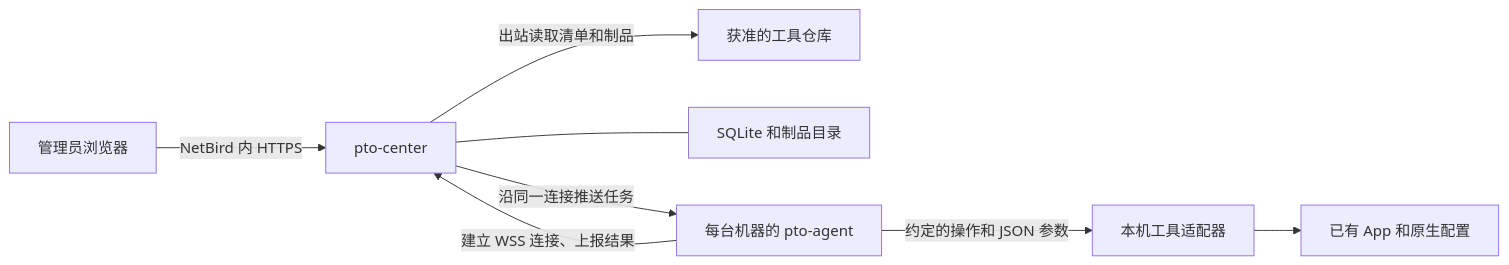
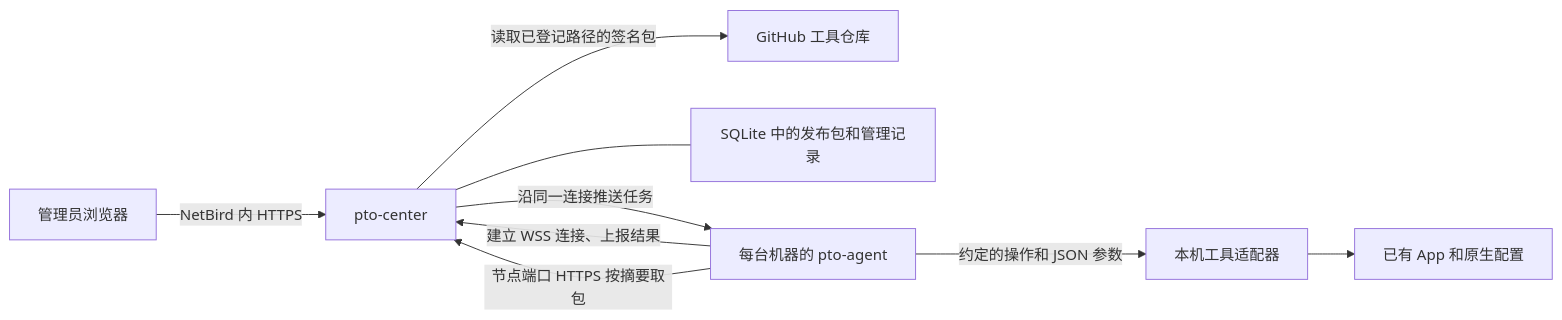
Before and after one commit to pypto-tools/pto-center: the diagram in docs/design.md, drawn with Mermaid. The commit also changed other lines of this file and 42 other files, not shown here.

````diff
--- a/docs/design.md
+++ b/docs/design.md
@@ -7,10 +7,11 @@
 ```mermaid
 flowchart LR
     Browser["管理员浏览器"] -->|"NetBird 内 HTTPS"| Center["pto-center"]
-    Center -->|"出站读取清单和制品"| Repo["获准的工具仓库"]
-    Center --- Store["SQLite 和制品目录"]
+    Center -->|"读取已登记路径的签名包"| Repo["GitHub 工具仓库"]
+    Center --- Store["SQLite 中的发布包和管理记录"]
     Agent["每台机器的 pto-agent"] -->|"建立 WSS 连接、上报结果"| Center
     Center -->|"沿同一连接推送任务"| Agent
+    Agent -->|"节点端口 HTTPS 按摘要取包"| Center
     Agent -->|"约定的操作和 JSON 参数"| Adapter["本机工具适配器"]
     Adapter --> App["已有 App 和原生配置"]
 ```
````
